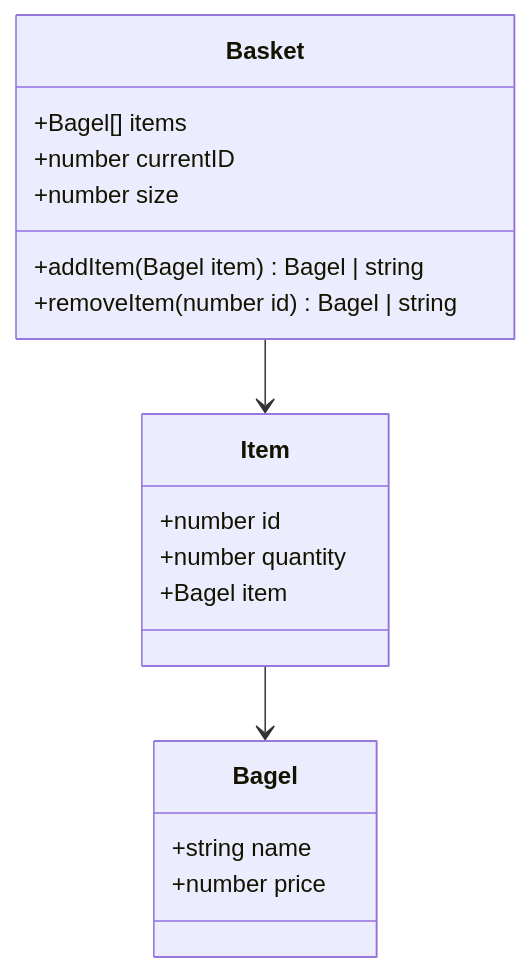
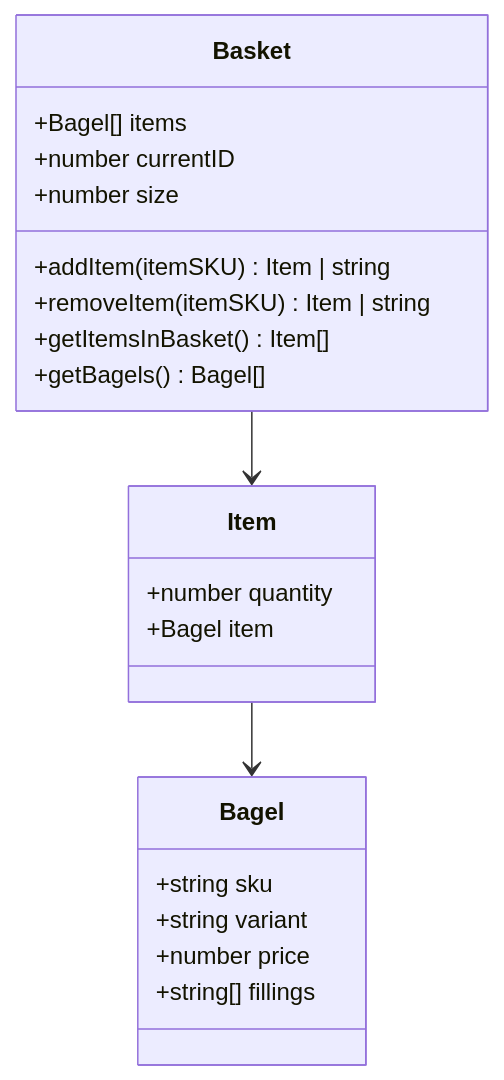
One commit to boolean-uk/tdd-bobs-bagels-exemplar changed the diagram in domain-model.mmd. Above: the diagram before and after it, drawn with Mermaid. The commit also changed 8 other files, not shown here.

```diff
--- a/domain-model.mmd
+++ b/domain-model.mmd
@@ -1,16 +1,19 @@
 classDiagram
     Basket --> Item
     Item --> Bagel
     class Bagel
-    Bagel : +string name
+    Bagel : +string sku
+    Bagel : +string variant
     Bagel : +number price
+    Bagel : +string[] fillings
     class Item
-    Item : +number id
     Item : +number quantity
     Item : +Bagel item
     class Basket
     Basket : +Bagel[] items
     Basket : +number currentID
     Basket : +number size
-    Basket : +addItem(Bagel item) Bagel | string
-    Basket : +removeItem(number id) Bagel | string
+    Basket : +addItem(itemSKU) Item | string
+    Basket : +removeItem(itemSKU) Item | string
+    Basket : +getItemsInBasket() Item[]
+    Basket : +getBagels() Bagel[]
```
